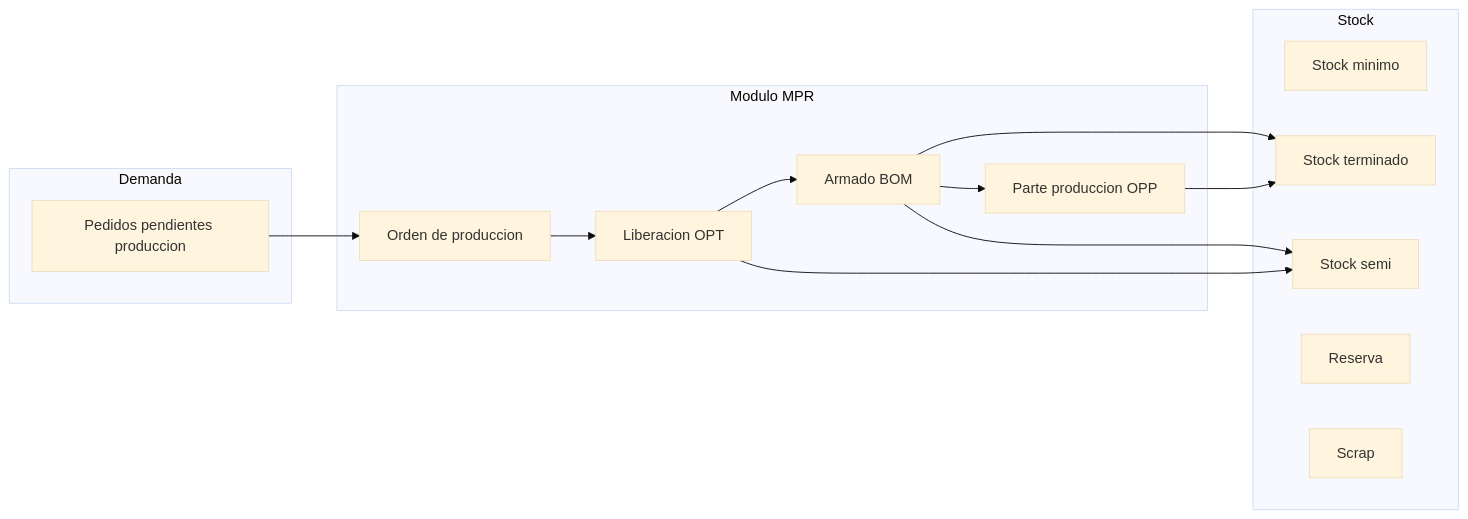
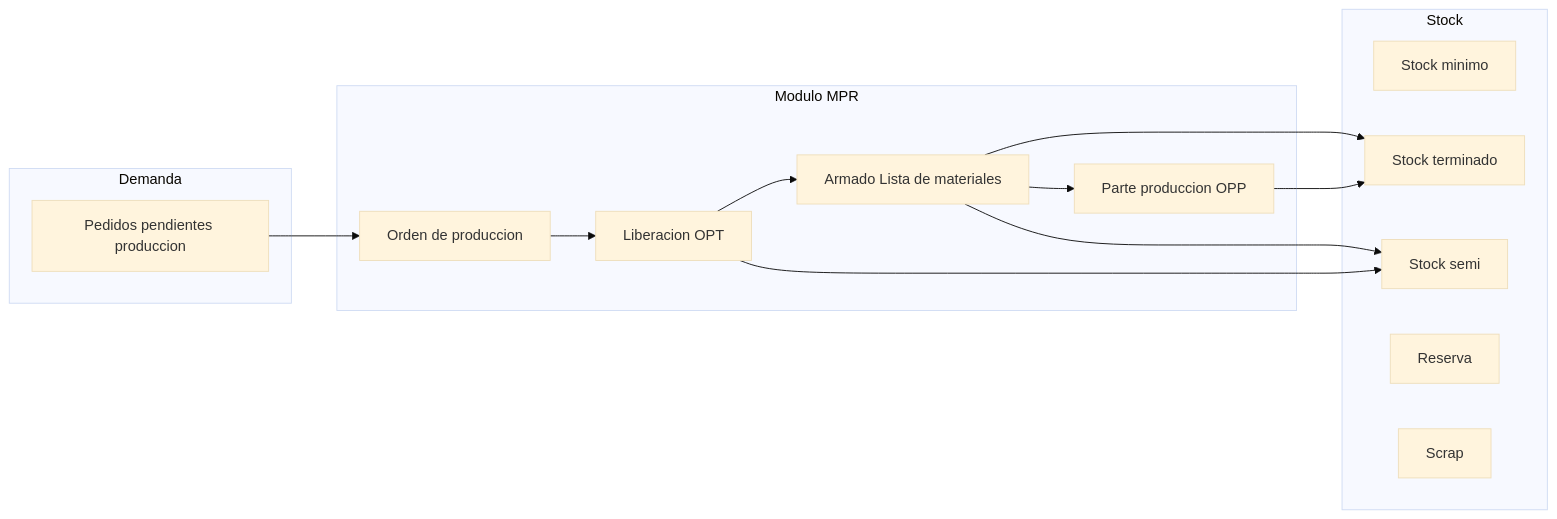
The diagram in docs/general/ANALISIS_MPR_PROPUESTA_MVP.md (eleven-it/Synap), drawn with Mermaid (base theme) before and after one commit. The commit also changed other lines of this file and 73 other files, not shown here.

First line of the commit message:
MPR: lista materiales solo en producción, propuesta armado masivo, docs y soporte

````diff
--- a/docs/general/ANALISIS_MPR_PROPUESTA_MVP.md
+++ b/docs/general/ANALISIS_MPR_PROPUESTA_MVP.md
@@ -99,27 +116,27 @@
 ```mermaid
 flowchart LR
   subgraph demanda [Demanda]
     PED[Pedidos pendientes produccion]
   end
   subgraph mpr [Modulo MPR]
     OP[Orden de produccion]
     OPT[Liberacion OPT]
-    ARM[Armado BOM]
+    ARM[Armado Lista de materiales]
     OPP[Parte produccion OPP]
   end
   subgraph stock [Stock]
     SM[Stock minimo]
     ST[Stock terminado]
     SS[Stock semi]
     SR[Reserva]
     SC[Scrap]
   end
   PED --> OP
   OP --> OPT
   OPT --> ARM
   ARM --> OPP
   OPP --> ST
   OPT --> SS
   ARM --> SS
   ARM --> ST
 ```
````
